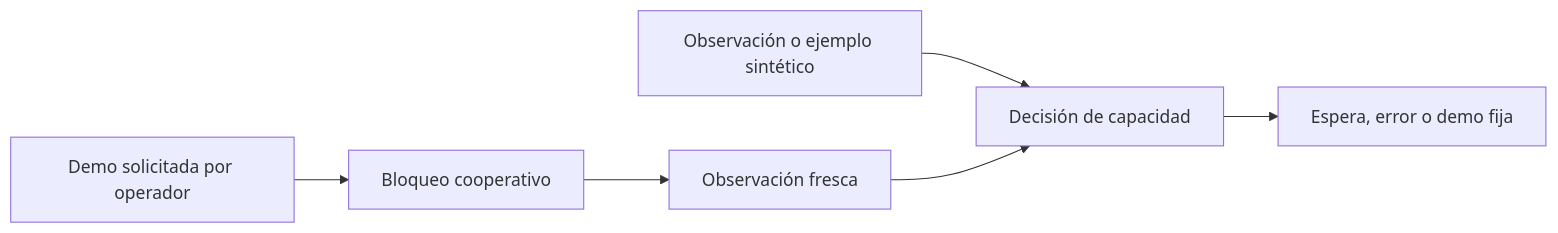
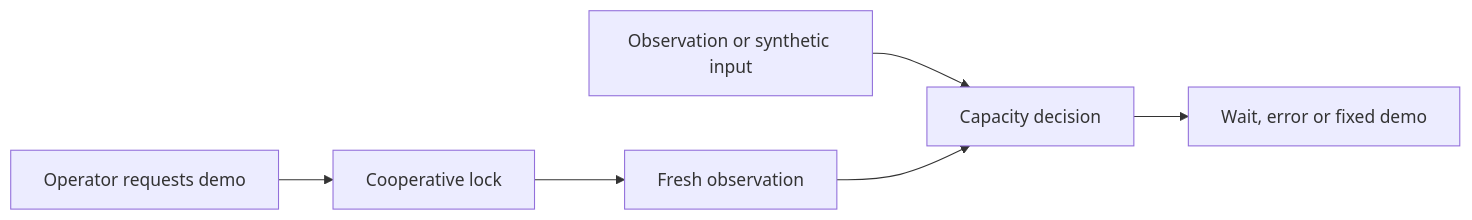
The diagram in README.md (adrianlerer/local-ai-control-tower), drawn with Mermaid before and after one commit. The commit also changed other lines of this file and 2 other files, not shown here.

````diff
--- a/README.md
+++ b/README.md
@@ -47,8 +55,8 @@
 ```mermaid
 flowchart LR
-    A[Observación o ejemplo sintético] --> B[Decisión de capacidad]
-    C[Demo solicitada por operador] --> D[Bloqueo cooperativo]
-    D --> E[Observación fresca]
+    A[Observation or synthetic input] --> B[Capacity decision]
+    C[Operator requests demo] --> D[Cooperative lock]
+    D --> E[Fresh observation]
     E --> B
-    B --> F[Espera, error o demo fija]
+    B --> F[Wait, error or fixed demo]
 ```
````
